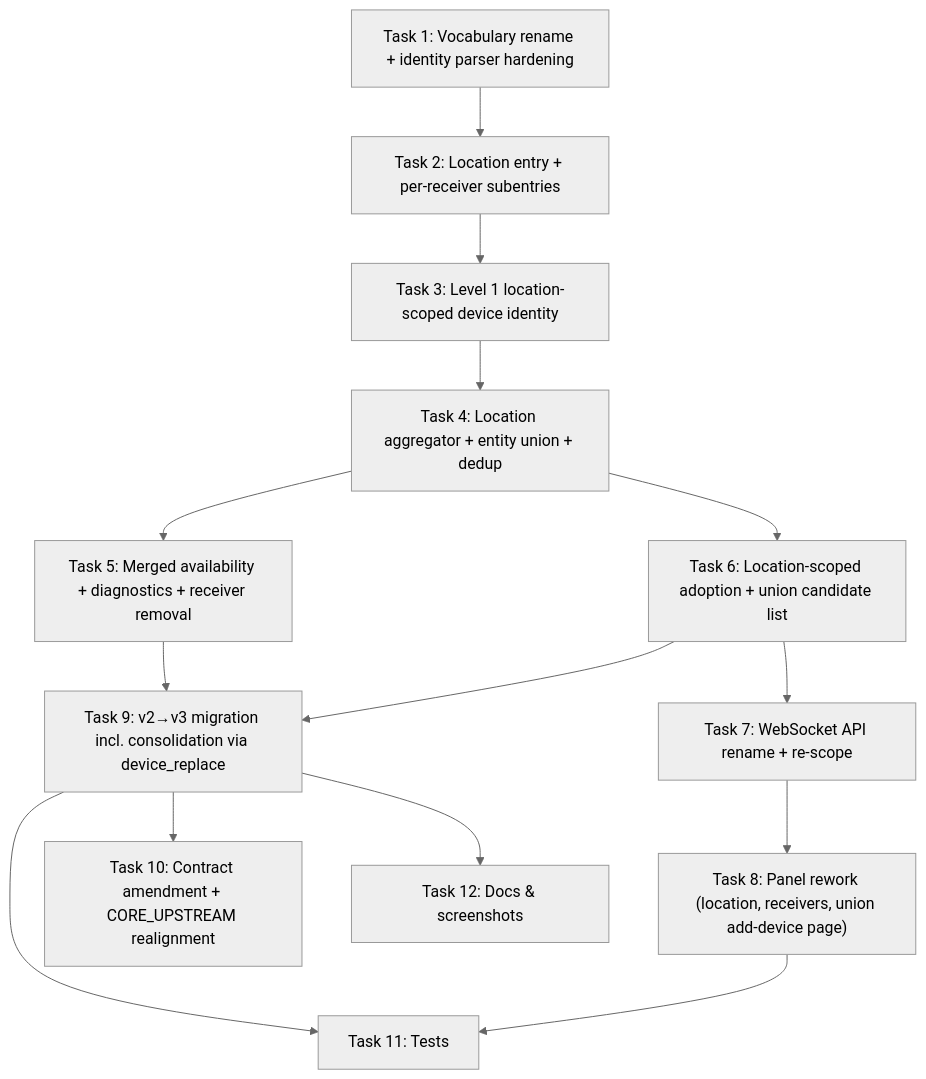
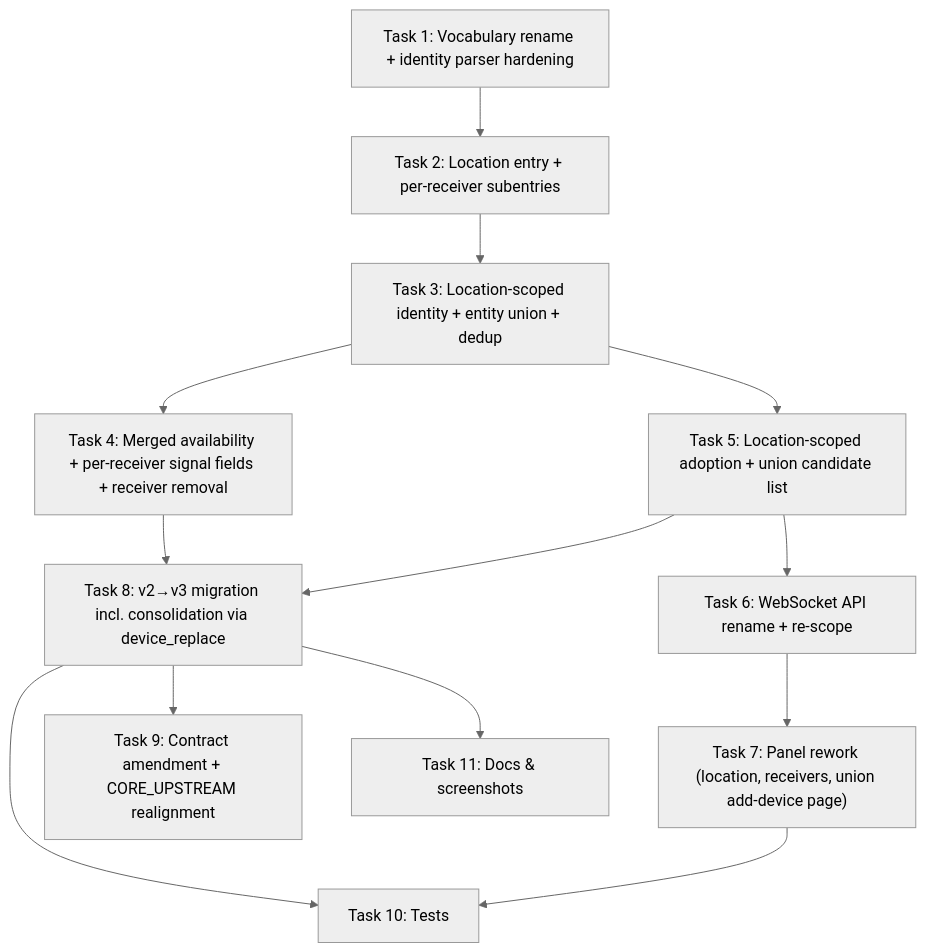
Before and after one commit to rtl-433-hass/rtl_433: the third of 3 diagrams in .ai/strikethroo/plans/27--union-devices-across-receivers/plan-27--union-devices-across-receivers.md, drawn with Mermaid (neutral theme). The commit also changed other lines of this file, not shown here.

First line of the commit message:
docs(plan): simplify plan 27 — reuse signal fields, collapse Level 1

````diff
--- a/.ai/strikethroo/plans/27--union-devices-across-receivers/plan-27--union-devices-across-receivers.md
+++ b/.ai/strikethroo/plans/27--union-devices-across-receivers/plan-27--union-devices-across-receivers.md
@@ -464,24 +475,23 @@
 ```mermaid
 graph TD
     T1["Task 1: Vocabulary rename + identity parser hardening"]
     T2["Task 2: Location entry + per-receiver subentries"]
-    T3["Task 3: Level 1 location-scoped device identity"]
-    T4["Task 4: Location aggregator + entity union + dedup"]
-    T5["Task 5: Merged availability + diagnostics + receiver removal"]
-    T6["Task 6: Location-scoped adoption + union candidate list"]
-    T7["Task 7: WebSocket API rename + re-scope"]
-    T8["Task 8: Panel rework (location, receivers, union add-device page)"]
-    T9["Task 9: v2→v3 migration incl. consolidation via device_replace"]
-    T10["Task 10: Contract amendment + CORE_UPSTREAM realignment"]
-    T11["Task 11: Tests"]
-    T12["Task 12: Docs & screenshots"]
-    T1 --> T2 --> T3 --> T4 --> T5
-    T4 --> T6
-    T5 --> T9
-    T6 --> T7 --> T8
-    T6 --> T9
-    T9 --> T10
-    T9 --> T11
-    T9 --> T12
+    T3["Task 3: Location-scoped identity + entity union + dedup"]
+    T4["Task 4: Merged availability + per-receiver signal fields + receiver removal"]
+    T5["Task 5: Location-scoped adoption + union candidate list"]
+    T6["Task 6: WebSocket API rename + re-scope"]
+    T7["Task 7: Panel rework (location, receivers, union add-device page)"]
+    T8["Task 8: v2→v3 migration incl. consolidation via device_replace"]
+    T9["Task 9: Contract amendment + CORE_UPSTREAM realignment"]
+    T10["Task 10: Tests"]
+    T11["Task 11: Docs & screenshots"]
+    T1 --> T2 --> T3 --> T4
+    T3 --> T5
+    T4 --> T8
+    T5 --> T6 --> T7
+    T5 --> T8
+    T8 --> T9
+    T8 --> T10
     T8 --> T11
+    T7 --> T10
 ```
````
